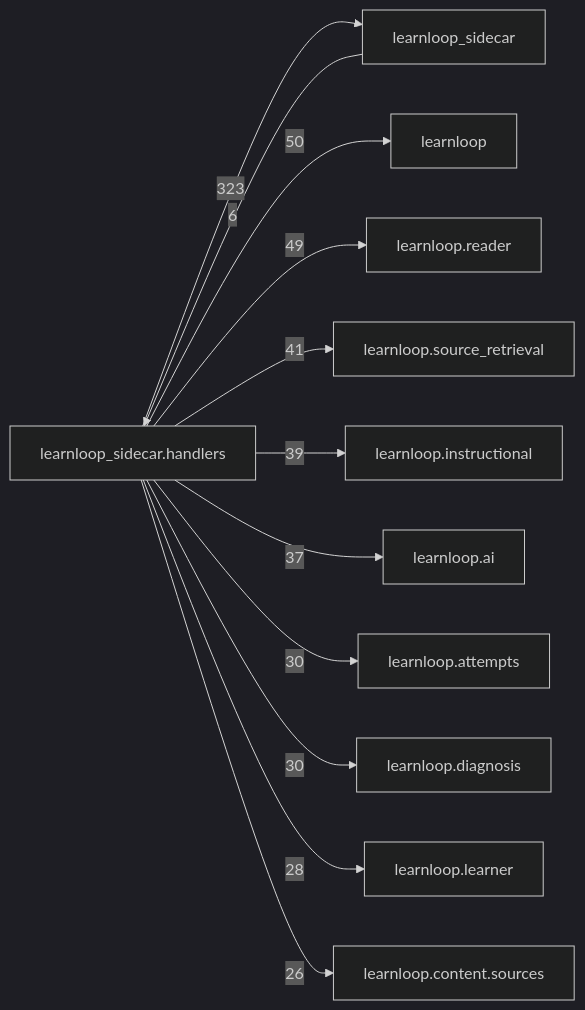
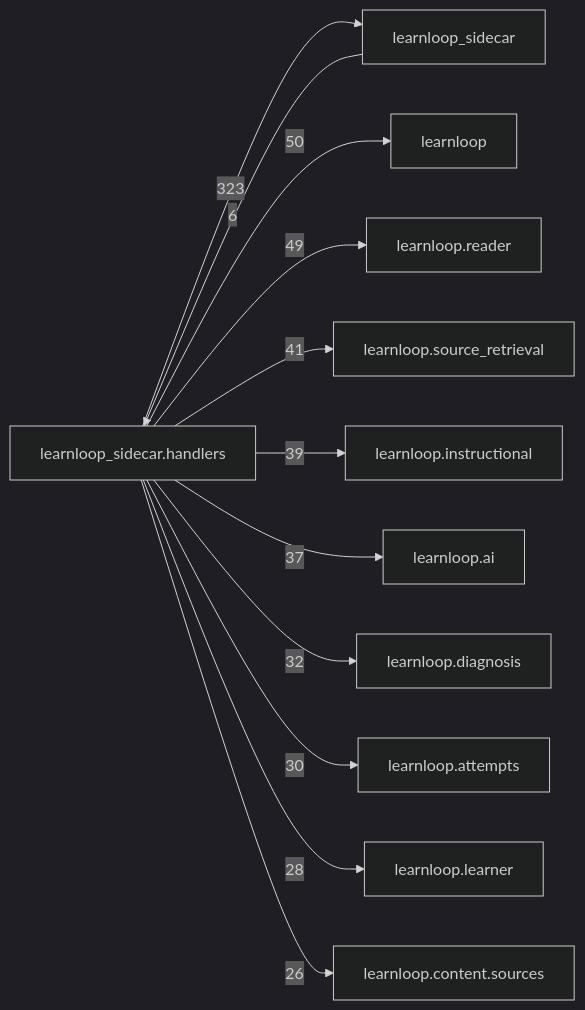
Before and after one commit to 6up-b/learnanything: the diagram in docs/learnloop-architecture-vault/Reference/Modules/learnloop_sidecar/handlers/_package.md, drawn with Mermaid (dark theme). The commit also changed other lines of this file and 66 other files, not shown here.

````diff
--- a/docs/learnloop-architecture-vault/Reference/Modules/learnloop_sidecar/handlers/_package.md
+++ b/docs/learnloop-architecture-vault/Reference/Modules/learnloop_sidecar/handlers/_package.md
@@ -260,25 +260,25 @@
 ```mermaid
 flowchart LR
     center["learnloop_sidecar.handlers"]
     n_learnloop_sidecar["learnloop_sidecar"]
     n_learnloop["learnloop"]
     n_learnloop_reader["learnloop.reader"]
     n_learnloop_source_retrieval["learnloop.source_retrieval"]
     n_learnloop_instructional["learnloop.instructional"]
     n_learnloop_ai["learnloop.ai"]
+    n_learnloop_diagnosis["learnloop.diagnosis"]
     n_learnloop_attempts["learnloop.attempts"]
-    n_learnloop_diagnosis["learnloop.diagnosis"]
     n_learnloop_learner["learnloop.learner"]
     n_learnloop_content_sources["learnloop.content.sources"]
     n_learnloop_sidecar -->|6| center
     center -->|323| n_learnloop_sidecar
     center -->|50| n_learnloop
     center -->|49| n_learnloop_reader
     center -->|41| n_learnloop_source_retrieval
     center -->|39| n_learnloop_instructional
     center -->|37| n_learnloop_ai
+    center -->|32| n_learnloop_diagnosis
     center -->|30| n_learnloop_attempts
-    center -->|30| n_learnloop_diagnosis
     center -->|28| n_learnloop_learner
     center -->|26| n_learnloop_content_sources
 ```
````
